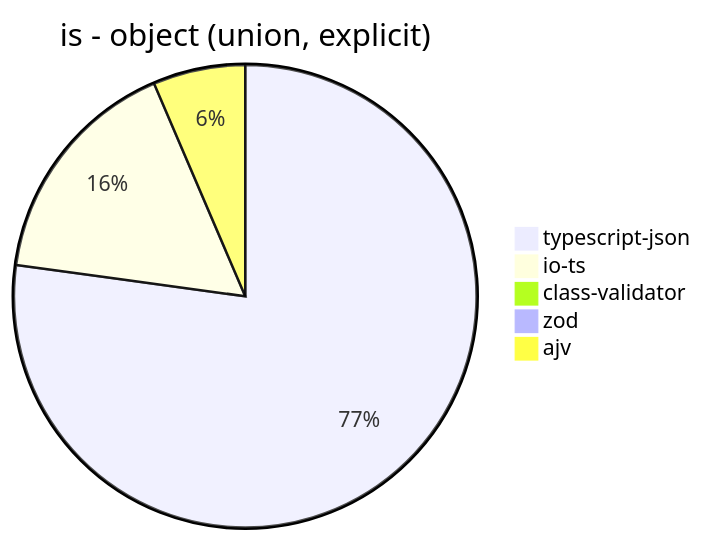
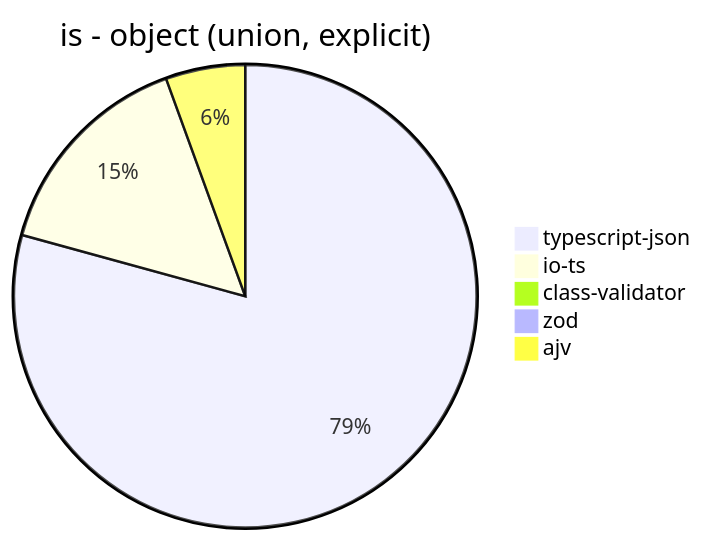
The third of 40 diagrams in benchmark/results/AMD Ryzen 7 5800H with Radeon Graphics.md (samchon/typia), drawn with Mermaid before and after one commit. The commit also changed other lines of this file and 4 other files, not shown here.

````diff
--- a/benchmark/results/AMD Ryzen 7 5800H with Radeon Graphics.md
+++ b/benchmark/results/AMD Ryzen 7 5800H with Radeon Graphics.md
@@ -41,8 +41,8 @@
 ```mermaid
 pie title is - object (union, explicit)
-  "typescript-json": 14951.241453760345
-  "io-ts": 3176.027274358514
-  "class-validator": 16.05049594229035
-  "zod": 34.47024673439768
-  "ajv": 1248.7671232876712
+  "typescript-json": 17086.15649183147
+  "io-ts": 3271.8195266272187
+  "class-validator": 16.328727794724564
+  "zod": 34.571062740076826
+  "ajv": 1197.5418596366228
 ```
````
